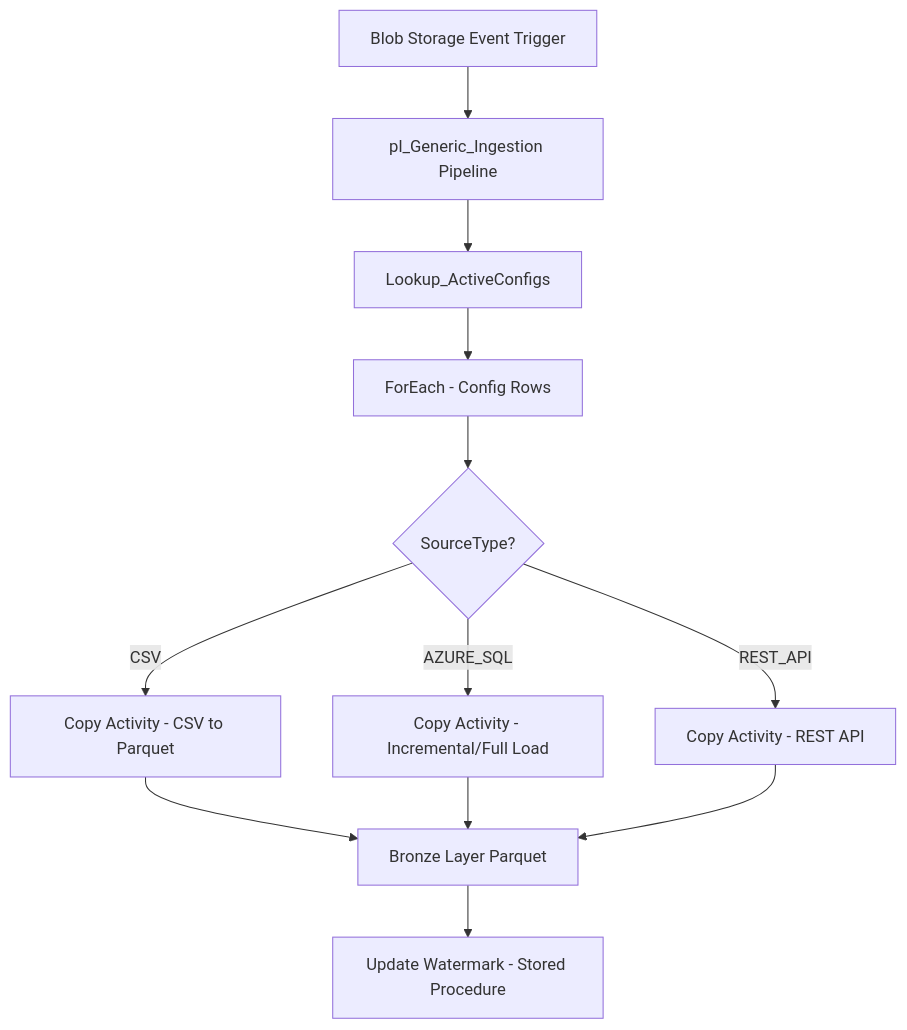
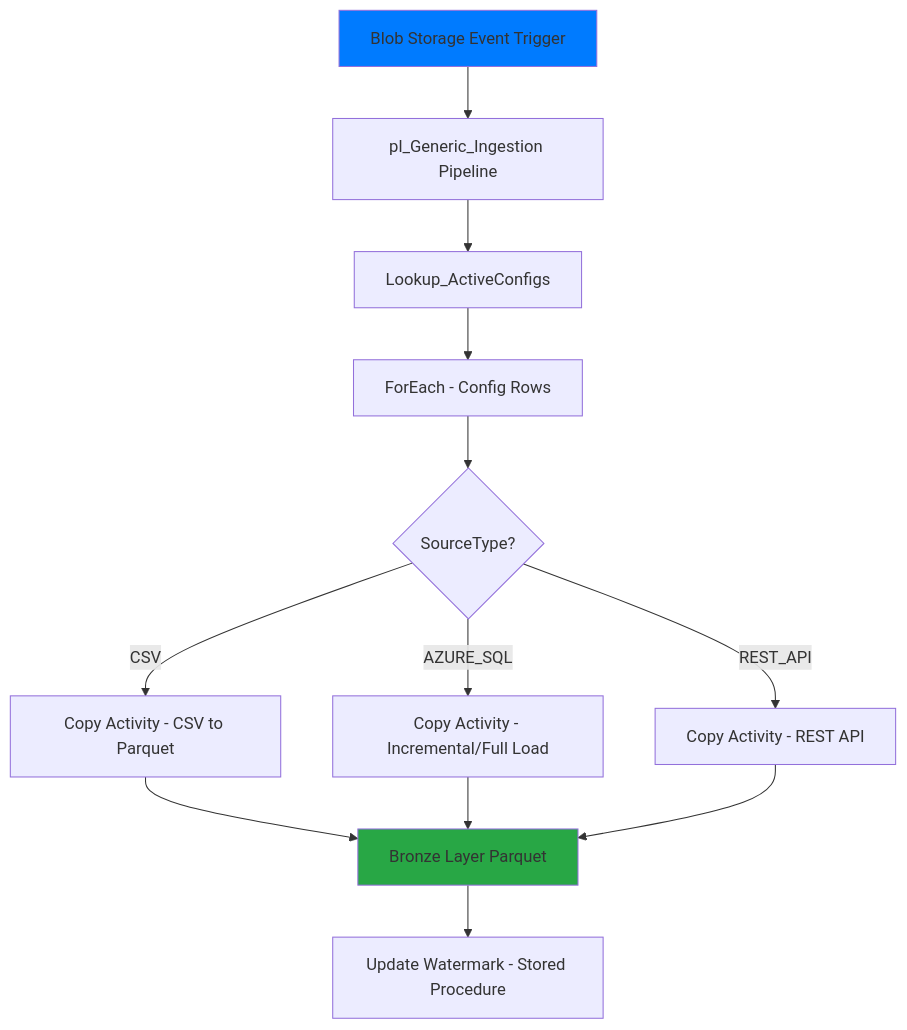
One commit to dipanjannet/supplychain-etl-pipeline changed the first of 2 diagrams in README.md. Above: the diagram before and after it, drawn with Mermaid.

Commit message:
Added Color Coding in ADF LLD

````diff
--- a/README.md
+++ b/README.md
@@ -42,14 +42,17 @@
 ```mermaid
 flowchart TD
     A[Blob Storage Event Trigger] --> B[pl_Generic_Ingestion Pipeline]
     B --> C[Lookup_ActiveConfigs]
     C --> D[ForEach - Config Rows]
     D --> E{SourceType?}
     E -->|CSV| F[Copy Activity - CSV to Parquet]
     E -->|AZURE_SQL| G[Copy Activity - Incremental/Full Load]
     E -->|REST_API| H[Copy Activity - REST API]
     F --> I[Bronze Layer Parquet]
     G --> I
     H --> I
     I --> J[Update Watermark - Stored Procedure]
+
+    style A fill:#007bff
+    style I fill:#28a745
 ```
````
